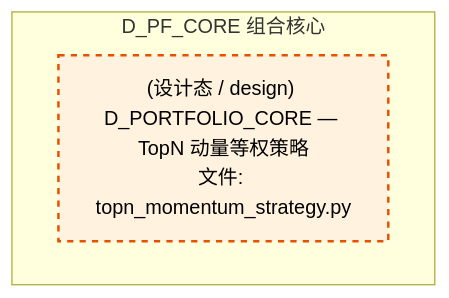
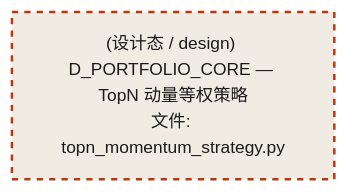
One commit to xuanFelixVan/ZephyrAlpha changed the third of 4 diagrams in docs/02_enterprise_architecture/02_domain_architecture_docs/63_d_pf_core.md. Above: the diagram before and after it, drawn with Mermaid. The commit also changed other lines of this file and 76 other files, not shown here.

````diff
--- a/docs/02_enterprise_architecture/02_domain_architecture_docs/63_d_pf_core.md
+++ b/docs/02_enterprise_architecture/02_domain_architecture_docs/63_d_pf_core.md
@@ -164,11 +169,10 @@
 ```mermaid
-graph TD
-    subgraph D_PF_CORE["D_PF_CORE 组合核心"]
-        src_zephyr_pf_core_topn_momentum_strategy_py["(设计态 / design) D_PORTFOLIO_CORE — TopN 动量等权策略<br/>文件: topn_momentum_strategy.py"]
-    end
-    classDef production fill:#e1f5fe,stroke:#01579b,stroke-width:2px,color:#000
-    classDef design fill:#fff3e0,stroke:#e65100,stroke-width:2px,color:#000,stroke-dasharray: 5 5
-    classDef external_prod fill:#e8f5e9,stroke:#1b5e20,stroke-width:1px,color:#000
-    classDef external_design fill:#fce4ec,stroke:#880e4f,stroke-width:1px,color:#000,stroke-dasharray: 5 5
+%%{init: {'theme': 'base', 'themeVariables': {'primaryColor': '#eaeaea', 'primaryTextColor': '#333333', 'primaryBorderColor': '#666666', 'lineColor': '#666666', 'secondaryColor': '#eaeaea', 'tertiaryColor': '#eaeaea', 'fontSize': '14px'}}}%%
+flowchart TD
+    src_zephyr_pf_core_topn_momentum_strategy_py["(设计态 / design) D_PORTFOLIO_CORE — TopN 动量等权策略<br/>文件: topn_momentum_strategy.py"]
+    classDef production fill:#e8edf2,stroke:#0277bd,stroke-width:2px,color:#1a1a1a
+    classDef design fill:#f0ebe3,stroke:#bf360c,stroke-width:2px,color:#1a1a1a,stroke-dasharray: 5 5
+    classDef external_prod fill:#e8efe9,stroke:#1b5e20,stroke-width:1px,color:#1a1a1a
+    classDef external_design fill:#efe5ea,stroke:#880e4f,stroke-width:1px,color:#1a1a1a,stroke-dasharray: 5 5
     class src_zephyr_pf_core_topn_momentum_strategy_py design
 ```
````
